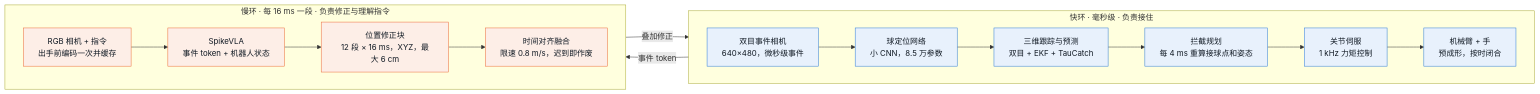
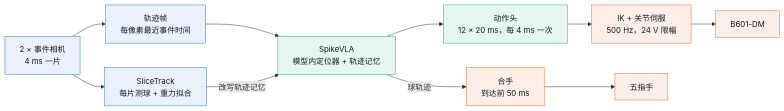
The diagram in README.md (wxqnl/taucatch), drawn with Mermaid before and after one commit. The commit also changed other lines of this file and 226 other files, not shown here.

First line of the commit message:
Add the SpikeVLA catcher on the B601 and rewrite the docs around it

````diff
--- a/README.md
+++ b/README.md
@@ -47,23 +39,18 @@
 ```mermaid
 flowchart LR
-  subgraph FAST["快环 · 毫秒级 · 负责接住"]
-    direction LR
-    A["双目事件相机<br/>640×480，微秒级事件"] --> B["球定位网络<br/>小 CNN，8.5 万参数"]
-    B --> C["三维跟踪与预测<br/>双目 + EKF + TauCatch"]
-    C --> D["拦截规划<br/>每 4 ms 重算接球点和姿态"]
-    D --> E["关节伺服<br/>1 kHz 力矩控制"]
-    E --> F["机械臂 + 手<br/>预成形，按时闭合"]
-  end
-  subgraph SLOW["慢环 · 每 16 ms 一段 · 负责修正与理解指令"]
-    direction LR
-    G["RGB 相机 + 指令<br/>出手前编码一次并缓存"] --> H["SpikeVLA<br/>事件 token + 机器人状态"]
-    H --> I["位置修正块<br/>12 段 × 16 ms，XYZ，最大 6 cm"]
-    I --> J["时间对齐融合<br/>限速 0.8 m/s，迟到即作废"]
-  end
-  A -- 事件 token --> H
-  J -- 叠加修正 --> D
-  classDef fast fill:#e8f1fc,stroke:#2a78d6,color:#111a24;
-  classDef slow fill:#fdeee7,stroke:#eb6834,color:#111a24;
-  class A,B,C,D,E,F fast;
-  class G,H,I,J slow;
+  A["2 × 事件相机<br/>4 ms 一片"] --> B["轨迹帧<br/>每像素最近事件时间"]
+  A --> C["SliceTrack<br/>每片测球 + 重力拟合"]
+  B --> D["SpikeVLA<br/>模型内定位器 + 轨迹记忆"]
+  C -- 改写轨迹记忆 --> D
+  D --> E["动作头<br/>12 × 20 ms，每 4 ms 一次"]
+  E --> F["IK + 关节伺服<br/>500 Hz，24 V 限幅"]
+  D -- 球轨迹 --> G["合手<br/>到达前 50 ms"]
+  F --> H["B601-DM"]
+  G --> I["五指手"]
+  classDef s fill:#e8f1fc,stroke:#2a78d6,color:#111a24;
+  classDef p fill:#e6f6ef,stroke:#1baf7a,color:#111a24;
+  classDef k fill:#fdeee7,stroke:#eb6834,color:#111a24;
+  class A,B,C s
+  class D,E p
+  class F,G,H,I k
 ```
````
